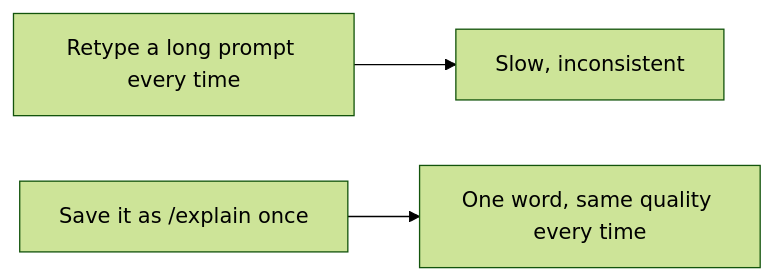
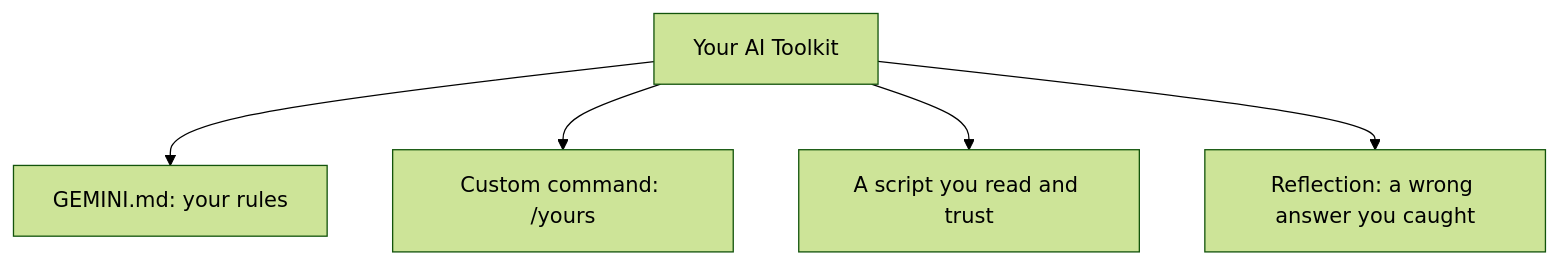
One commit to KakkoiDev/izumo-io changed the diagram in docs/lessons/a08.md. Above: the diagram before and after it, drawn with Mermaid (forest theme). The commit also changed other lines of this file and 256 other files, not shown here.

First line of the commit message:
Restructure AI course to 8 lessons; fix mermaid font clipping

````diff
--- a/docs/lessons/a08.md
+++ b/docs/lessons/a08.md
@@ -40,5 +20,7 @@
 ```mermaid
-flowchart LR
-    A[Retype a long prompt every time] --> B[Slow, inconsistent]
-    C["Save it as /explain once"] --> D[One word, same quality every time]
+flowchart TD
+    T[Your AI Toolkit] --> M[GEMINI.md: your rules]
+    T --> C["Custom command: /yours"]
+    T --> S[A script you read and trust]
+    T --> R[Reflection: a wrong answer you caught]
 ```
````
